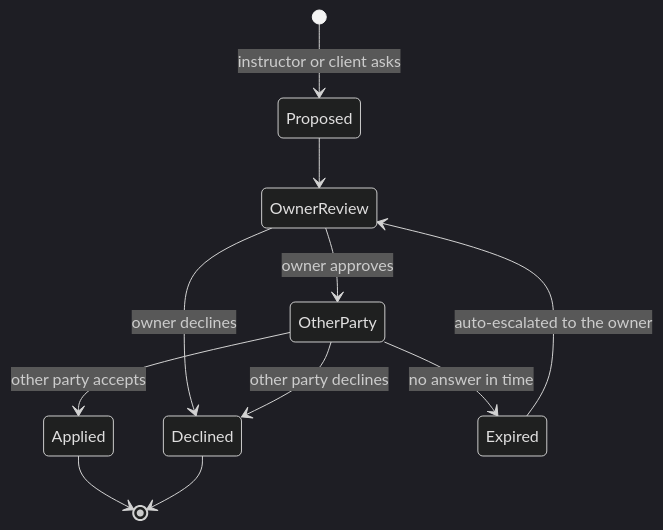
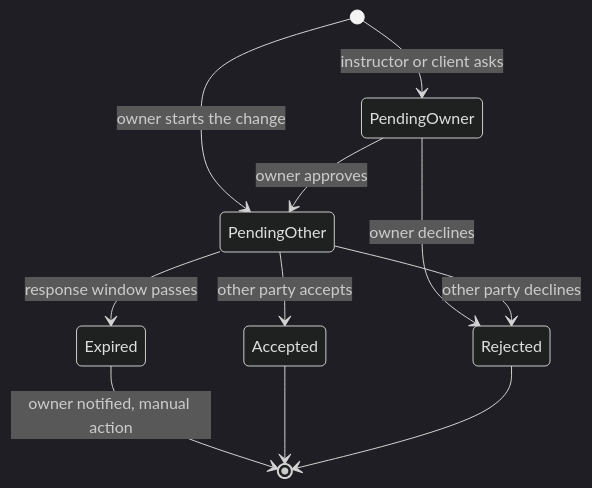
Before and after one commit to chrisberg81/Portfolio: the third of 3 diagrams in projects/allyos-booking/README.md, drawn with Mermaid (dark theme). The commit also changed other lines of this file and 8 other files, not shown here.

````diff
--- a/projects/allyos-booking/README.md
+++ b/projects/allyos-booking/README.md
@@ -66,13 +127,13 @@
 ```mermaid
 stateDiagram-v2
-  [*] --> Proposed: instructor or client asks
-  Proposed --> OwnerReview
-  OwnerReview --> OtherParty: owner approves
-  OwnerReview --> Declined: owner declines
-  OtherParty --> Applied: other party accepts
-  OtherParty --> Declined: other party declines
-  OtherParty --> Expired: no answer in time
-  Expired --> OwnerReview: auto-escalated to the owner
-  Applied --> [*]
-  Declined --> [*]
+  [*] --> PendingOwner: instructor or client asks
+  [*] --> PendingOther: owner starts the change
+  PendingOwner --> PendingOther: owner approves
+  PendingOwner --> Rejected: owner declines
+  PendingOther --> Accepted: other party accepts
+  PendingOther --> Rejected: other party declines
+  PendingOther --> Expired: response window passes
+  Expired --> [*]: owner notified, manual action
+  Accepted --> [*]
+  Rejected --> [*]
 ```
````
